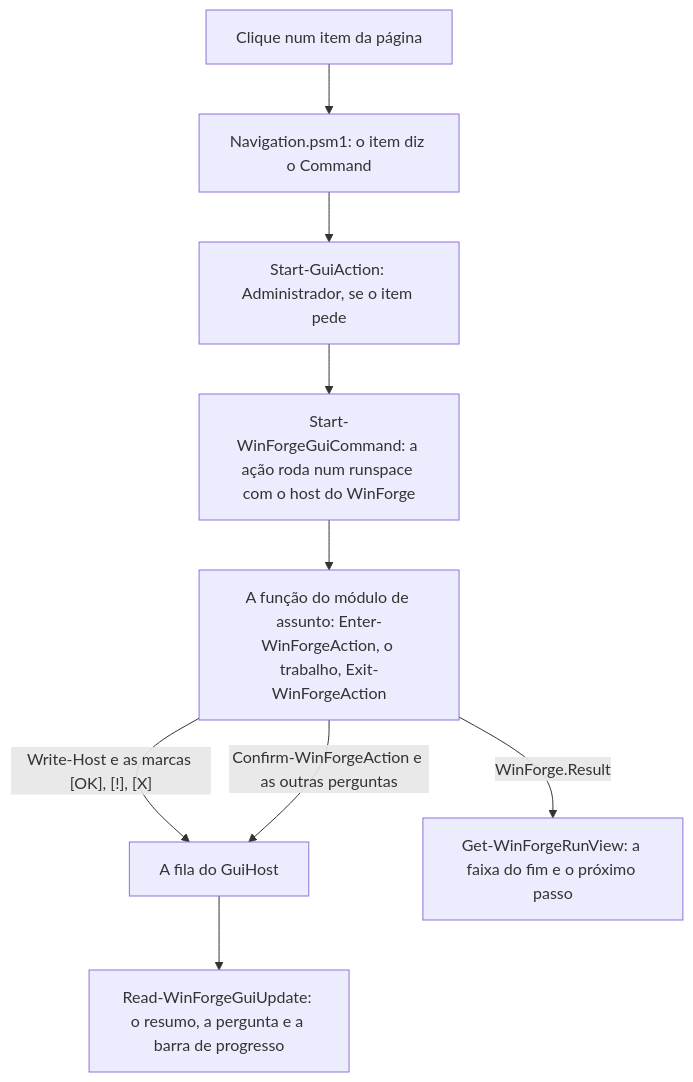
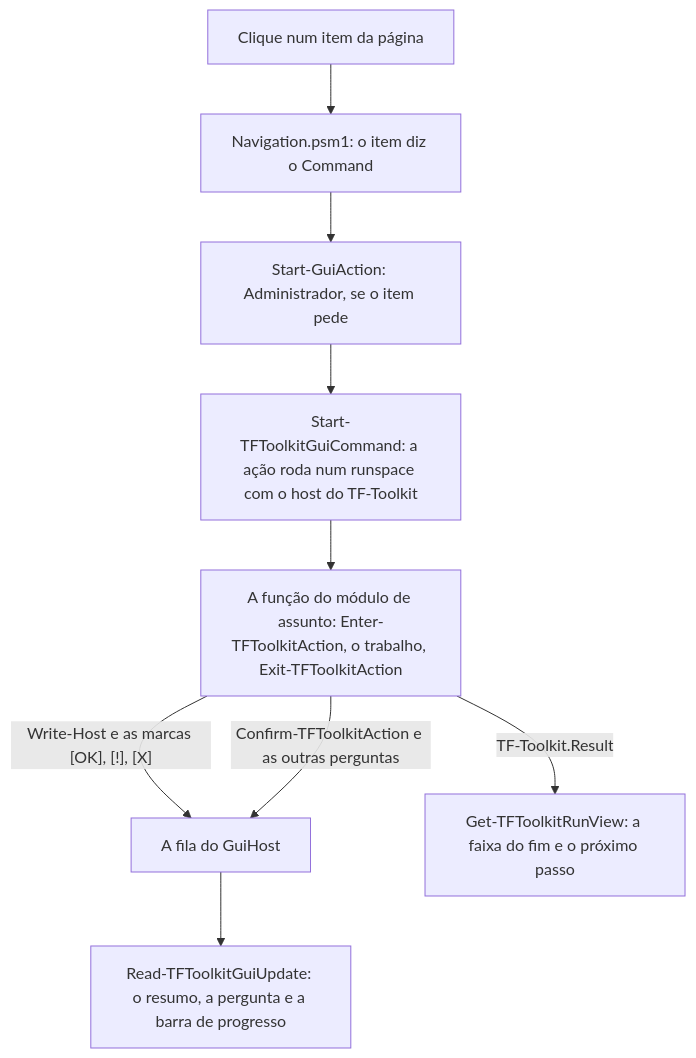
Before and after one commit to Neanderthal86/preventiva: the first of 3 diagrams in docs/documentacao-tecnica-4.0.md, drawn with Mermaid. The commit also changed other lines of this file and 69 other files, not shown here.

Commit message:
refactor(v4.0): renomear todos os arquivos, funcoes, variaveis e referencias de WinForge para TF-Toolkit

````diff
--- a/docs/documentacao-tecnica-4.0.md
+++ b/docs/documentacao-tecnica-4.0.md
@@ -214,11 +214,11 @@
 ```mermaid
 flowchart TD
     A["Clique num item da página"] --> B["Navigation.psm1: o item diz o Command"]
     B --> C["Start-GuiAction: Administrador, se o item pede"]
-    C --> D["Start-WinForgeGuiCommand: a ação roda num runspace com o host do WinForge"]
-    D --> E["A função do módulo de assunto: Enter-WinForgeAction, o trabalho, Exit-WinForgeAction"]
+    C --> D["Start-TFToolkitGuiCommand: a ação roda num runspace com o host do TF-Toolkit"]
+    D --> E["A função do módulo de assunto: Enter-TFToolkitAction, o trabalho, Exit-TFToolkitAction"]
     E -- "Write-Host e as marcas [OK], [!], [X]" --> F["A fila do GuiHost"]
-    E -- "Confirm-WinForgeAction e as outras perguntas" --> F
-    F --> G["Read-WinForgeGuiUpdate: o resumo, a pergunta e a barra de progresso"]
-    E -- "WinForge.Result" --> H["Get-WinForgeRunView: a faixa do fim e o próximo passo"]
+    E -- "Confirm-TFToolkitAction e as outras perguntas" --> F
+    F --> G["Read-TFToolkitGuiUpdate: o resumo, a pergunta e a barra de progresso"]
+    E -- "TF-Toolkit.Result" --> H["Get-TFToolkitRunView: a faixa do fim e o próximo passo"]
 ```
````
